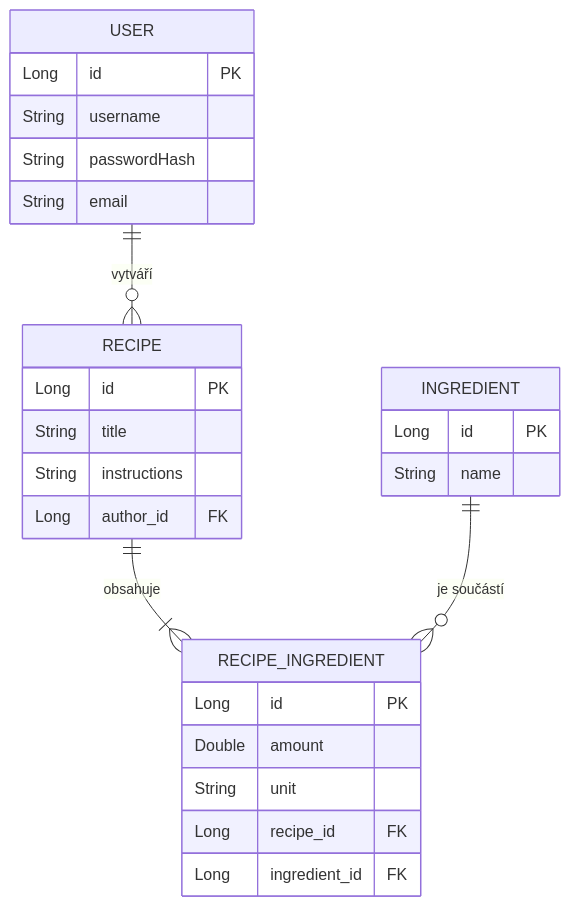
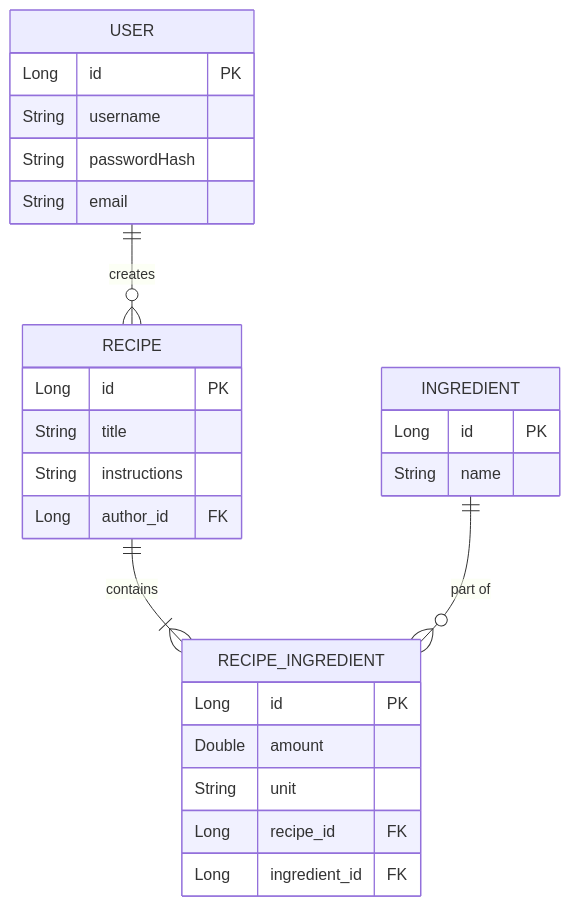
One commit to jakubvaca/project-receptar changed the second of 2 diagrams in README.md. Above: the diagram before and after it, drawn with Mermaid. The commit also changed other lines of this file, not shown here.

````diff
--- a/README.md
+++ b/README.md
@@ -73,33 +105,33 @@
 ```mermaid
 erDiagram
-    USER ||--o{ RECIPE : "vytváří"
-    RECIPE ||--|{ RECIPE_INGREDIENT : "obsahuje"
-    INGREDIENT ||--o{ RECIPE_INGREDIENT : "je součástí"
+    USER ||--o{ RECIPE : "creates"
+    RECIPE ||--|{ RECIPE_INGREDIENT : "contains"
+    INGREDIENT ||--o{ RECIPE_INGREDIENT : "part of"
 
     USER {
         Long id PK
         String username
         String passwordHash
         String email
     }
 
     RECIPE {
         Long id PK
         String title
         String instructions
         Long author_id FK
     }
 
     INGREDIENT {
         Long id PK
         String name
     }
 
     RECIPE_INGREDIENT {
         Long id PK
         Double amount
         String unit
         Long recipe_id FK
         Long ingredient_id FK
     }
 ```
````
